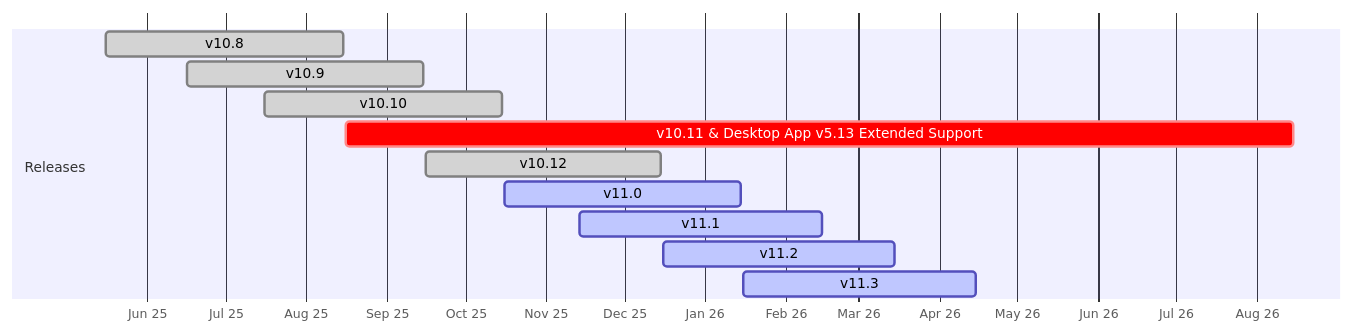
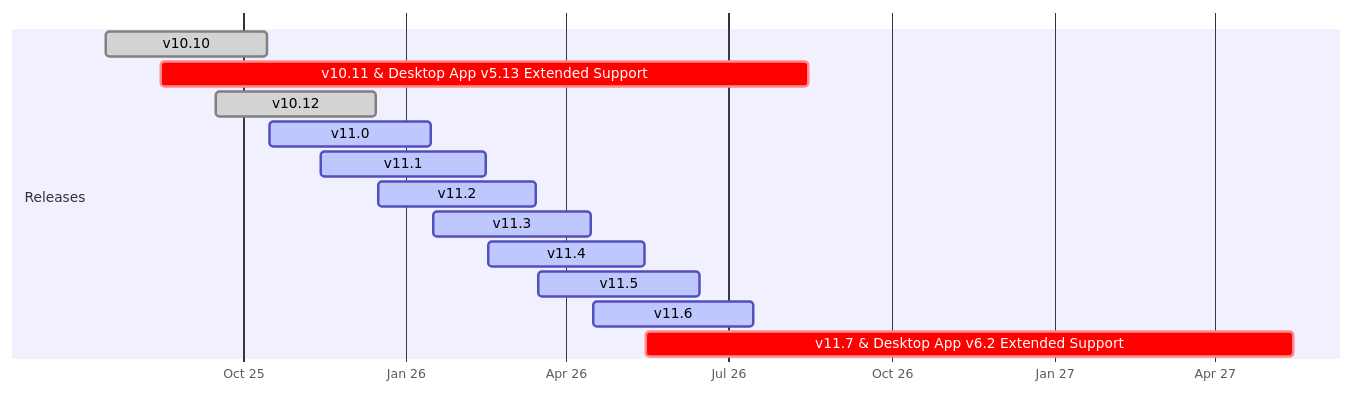
The diagram in source/product-overview/release-policy.md (mattermost/docs), drawn with Mermaid before and after one commit.

````diff
--- a/source/product-overview/release-policy.md
+++ b/source/product-overview/release-policy.md
@@ -44,17 +44,19 @@
 ```{mermaid}
 
 gantt
     dateFormat  YYYY-MM-DD
     axisFormat  %b %y
 
     section Releases
-    v10.8                  :done, 2025-05-16, 2025-08-15
-    v10.9                  :done, 2025-06-16, 2025-09-15
     v10.10                 :done, 2025-07-16, 2025-10-15
     v10.11 & Desktop App v5.13 Extended Support :crit,    2025-08-16, 2026-08-15
     v10.12                 :done, 2025-09-16, 2025-12-15
     v11.0                  :active, 2025-10-16, 2026-01-15
     v11.1                  :active, 2025-11-14, 2026-02-15
     v11.2                  :active, 2025-12-16, 2026-03-15
     v11.3                  :active, 2026-01-16, 2026-04-15
+    v11.4                  :active, 2026-02-16, 2026-05-15
+    v11.5                  :active, 2026-03-16, 2026-06-15
+    v11.6                  :active, 2026-04-16, 2026-07-15
+    v11.7 & Desktop App v6.2 Extended Support :crit,    2026-05-16, 2027-05-15
 ```
````
